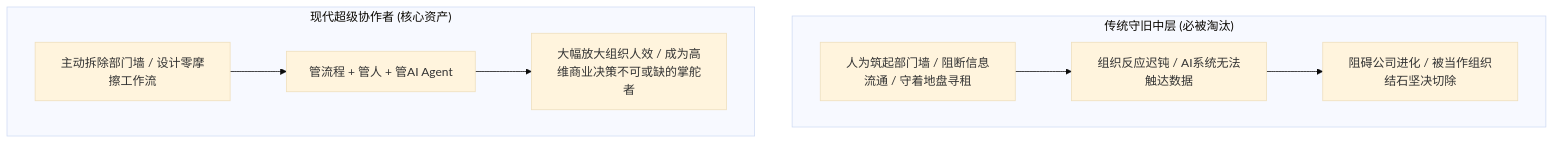
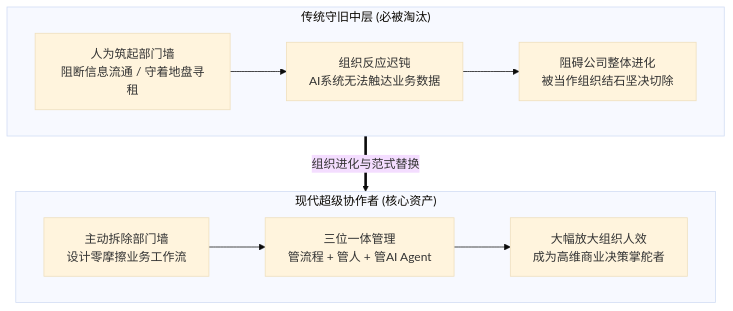
Before and after one commit to dollarser/knowledge: the fourth of 4 diagrams in content/live-20260922-laozeng-01.md, drawn with Mermaid (base theme). The commit also changed other lines of this file and 10 other files, not shown here.

Commit message:
style: verticalize all mermaid diagrams and add mindmap architecture

````diff
--- a/content/live-20260922-laozeng-01.md
+++ b/content/live-20260922-laozeng-01.md
@@ -129,11 +131,12 @@
 ```mermaid
 flowchart TD
     subgraph Traditional["传统守旧中层 (必被淘汰)"]
-        Wall["人为筑起部门墙 / 阻断信息流通 / 守着地盘寻租"] --> Sluggish["组织反应迟钝 / AI系统无法触达数据"]
-        Sluggish --> Fire["阻碍公司进化 / 被当作组织结石坚决切除"]
+        Wall["人为筑起部门墙<br/>阻断信息流通 / 守着地盘寻租"] --> Sluggish["组织反应迟钝<br/>AI系统无法触达业务数据"]
+        Sluggish --> Fire["阻碍公司整体进化<br/>被当作组织结石坚决切除"]
     end
     subgraph Modern["现代超级协作者 (核心资产)"]
-        Flow["主动拆除部门墙 / 设计零摩擦工作流"] --> Orchestrator["管流程 + 管人 + 管AI Agent"]
-        Orchestrator --> Leverage["大幅放大组织人效 / 成为高维商业决策不可或缺的掌舵者"]
+        Flow["主动拆除部门墙<br/>设计零摩擦业务工作流"] --> Orchestrator["三位一体管理<br/>管流程 + 管人 + 管AI Agent"]
+        Orchestrator --> Leverage["大幅放大组织人效<br/>成为高维商业决策掌舵者"]
     end
+    Traditional ==>|组织进化与范式替换| Modern
 ```
````
